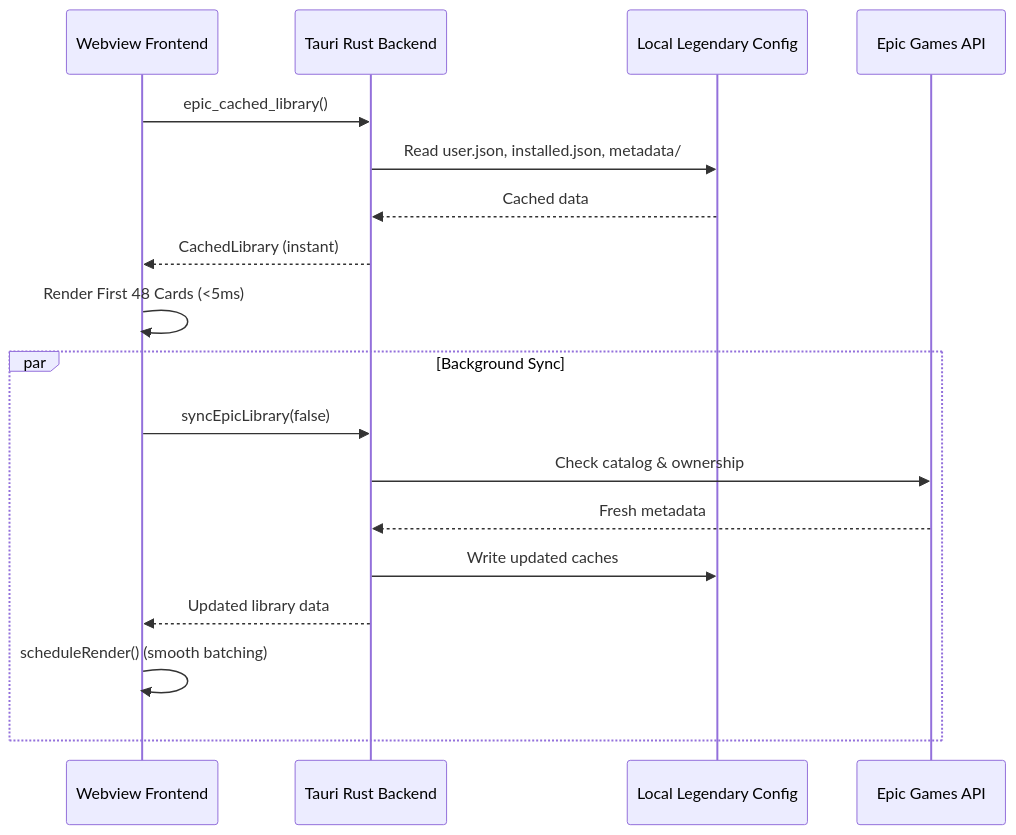
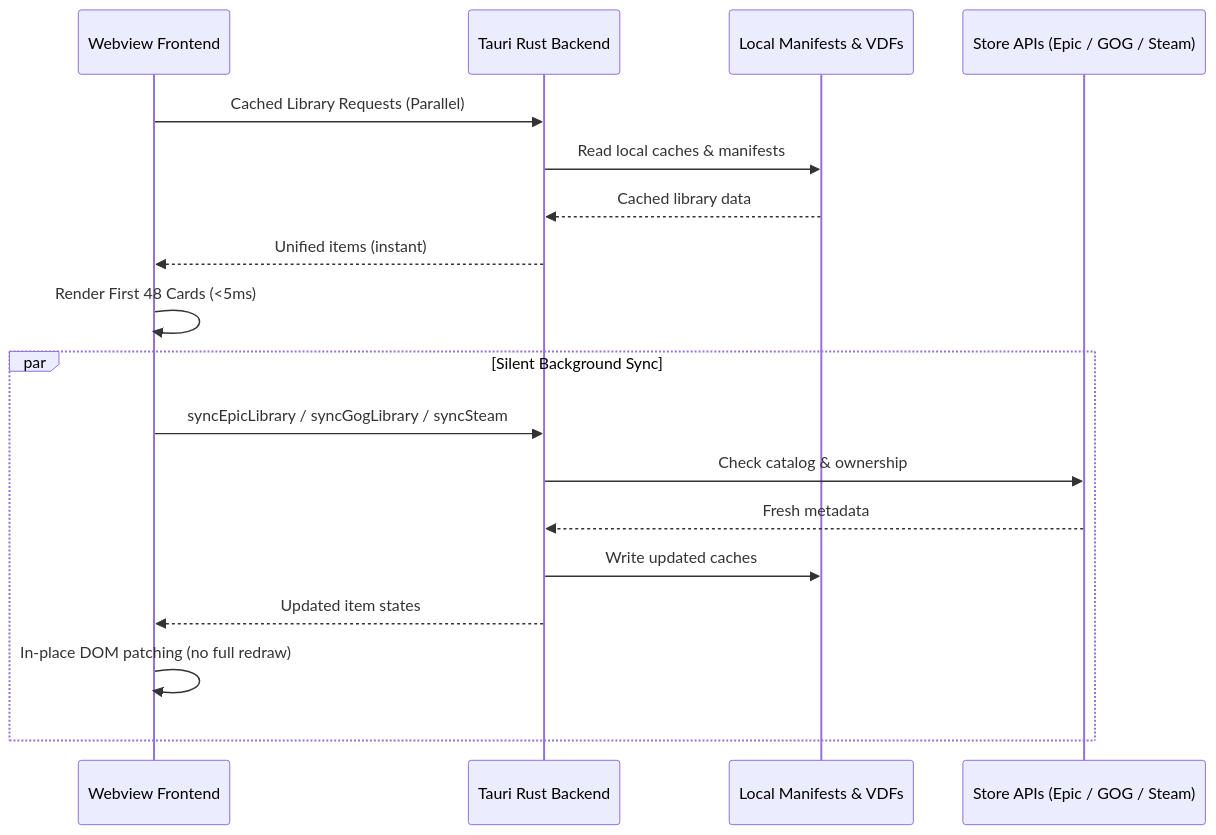
Before and after one commit to efxlve/efxlve_launcher: the second of 2 diagrams in ARCHITECTURE.md, drawn with Mermaid. The commit also changed other lines of this file and 79 other files, not shown here.

````diff
--- a/ARCHITECTURE.md
+++ b/ARCHITECTURE.md
@@ -70,22 +75,22 @@
 ```mermaid
 sequenceDiagram
     participant UI as Webview Frontend
     participant Rust as Tauri Rust Backend
-    participant Disk as Local Legendary Config
-    participant Epic as Epic Games API
+    participant Disk as Local Manifests & VDFs
+    participant Remote as Store APIs (Epic / GOG / Steam)
 
-    UI->>Rust: epic_cached_library()
-    Rust->>Disk: Read user.json, installed.json, metadata/
-    Disk-->>Rust: Cached data
-    Rust-->>UI: CachedLibrary (instant)
+    UI->>Rust: Cached Library Requests (Parallel)
+    Rust->>Disk: Read local caches & manifests
+    Disk-->>Rust: Cached library data
+    Rust-->>UI: Unified items (instant)
     UI->>UI: Render First 48 Cards (<5ms)
 
-    par Background Sync
-        UI->>Rust: syncEpicLibrary(false)
-        Rust->>Epic: Check catalog & ownership
-        Epic-->>Rust: Fresh metadata
+    par Silent Background Sync
+        UI->>Rust: syncEpicLibrary / syncGogLibrary / syncSteam
+        Rust->>Remote: Check catalog & ownership
+        Remote-->>Rust: Fresh metadata
         Rust->>Disk: Write updated caches
-        Rust-->>UI: Updated library data
-        UI->>UI: scheduleRender() (smooth batching)
+        Rust-->>UI: Updated item states
+        UI->>UI: In-place DOM patching (no full redraw)
     end
 ```
````
